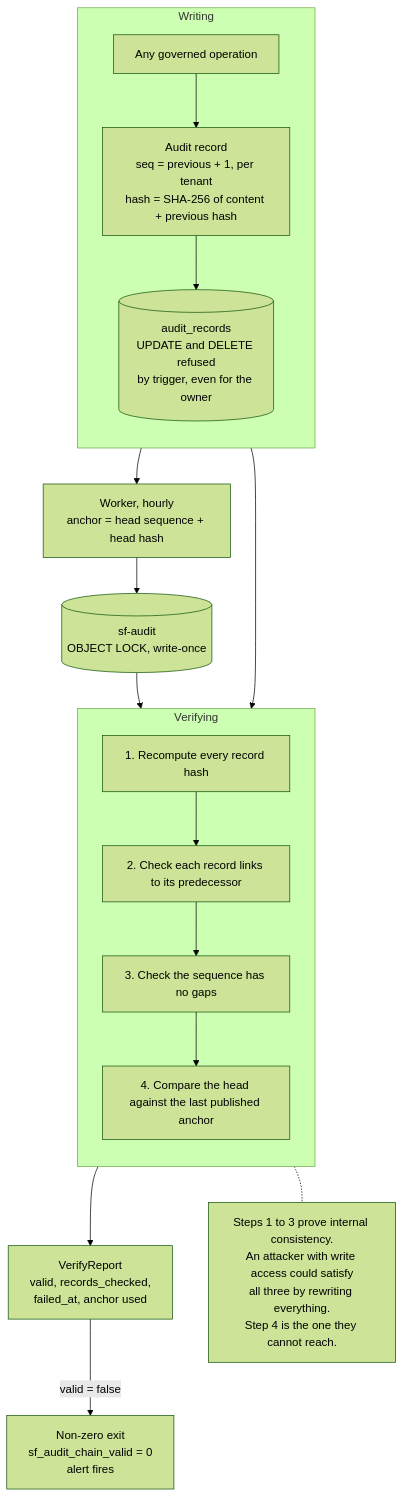
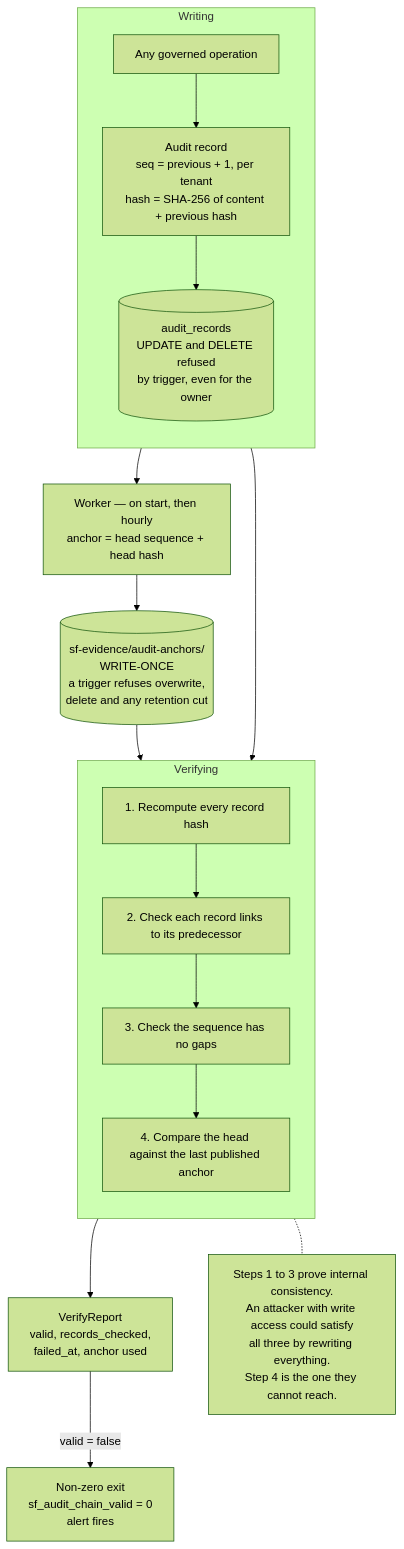
The ninth of 10 diagrams in README.md (udaykishore-resu/specforge), drawn with Mermaid (forest theme) before and after one commit. The commit also changed other lines of this file and 18 other files, not shown here.

````diff
--- a/README.md
+++ b/README.md
@@ -718,29 +762,29 @@
 ```mermaid
 flowchart TB
     subgraph write["Writing"]
         direction TB
         op["Any governed operation"] --> rec["Audit record<br/>seq = previous + 1, per tenant<br/>hash = SHA-256 of content + previous hash"]
         rec --> tbl[("audit_records<br/>UPDATE and DELETE refused<br/>by trigger, even for the owner")]
     end
 
-    tbl --> anchor["Worker, hourly<br/>anchor = head sequence + head hash"]
-    anchor --> locked[("sf-audit<br/>OBJECT LOCK, write-once")]
+    tbl --> anchor["Worker — on start, then hourly<br/>anchor = head sequence + head hash"]
+    anchor --> locked[("sf-evidence/audit-anchors/<br/>WRITE-ONCE<br/>a trigger refuses overwrite,<br/>delete and any retention cut")]
 
     subgraph verify["Verifying"]
         direction TB
         v1["1. Recompute every record hash"]
         v2["2. Check each record links to its predecessor"]
         v3["3. Check the sequence has no gaps"]
         v4["4. Compare the head against the last published anchor"]
         v1 --> v2 --> v3 --> v4
     end
 
     tbl --> v1
     locked --> v4
     v4 --> report["VerifyReport<br/>valid, records_checked,<br/>failed_at, anchor used"]
 
     report -->|"valid = false"| incident["Non-zero exit<br/>sf_audit_chain_valid = 0<br/>alert fires"]
 
     note1["Steps 1 to 3 prove internal consistency.<br/>An attacker with write access could satisfy<br/>all three by rewriting everything.<br/>Step 4 is the one they cannot reach."]
     v4 -.- note1
 ```
````
